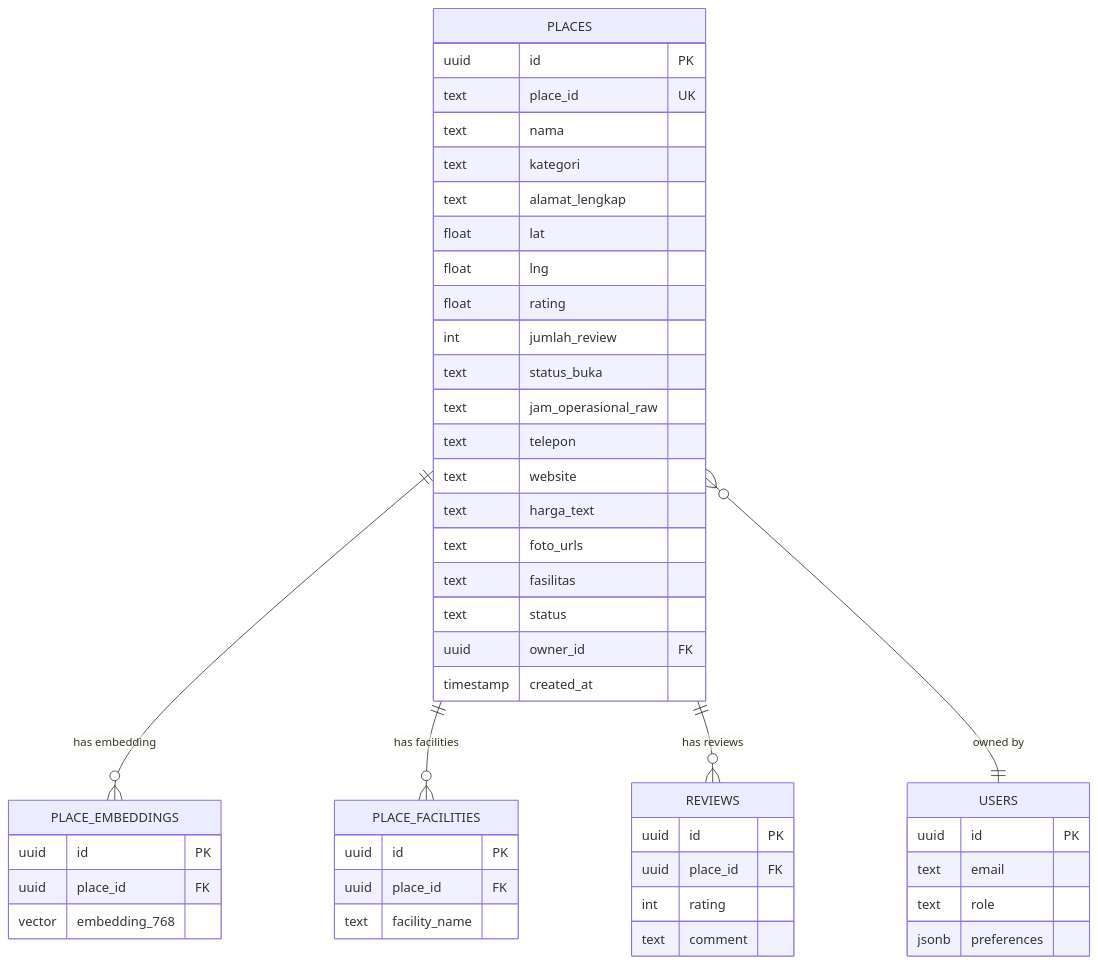
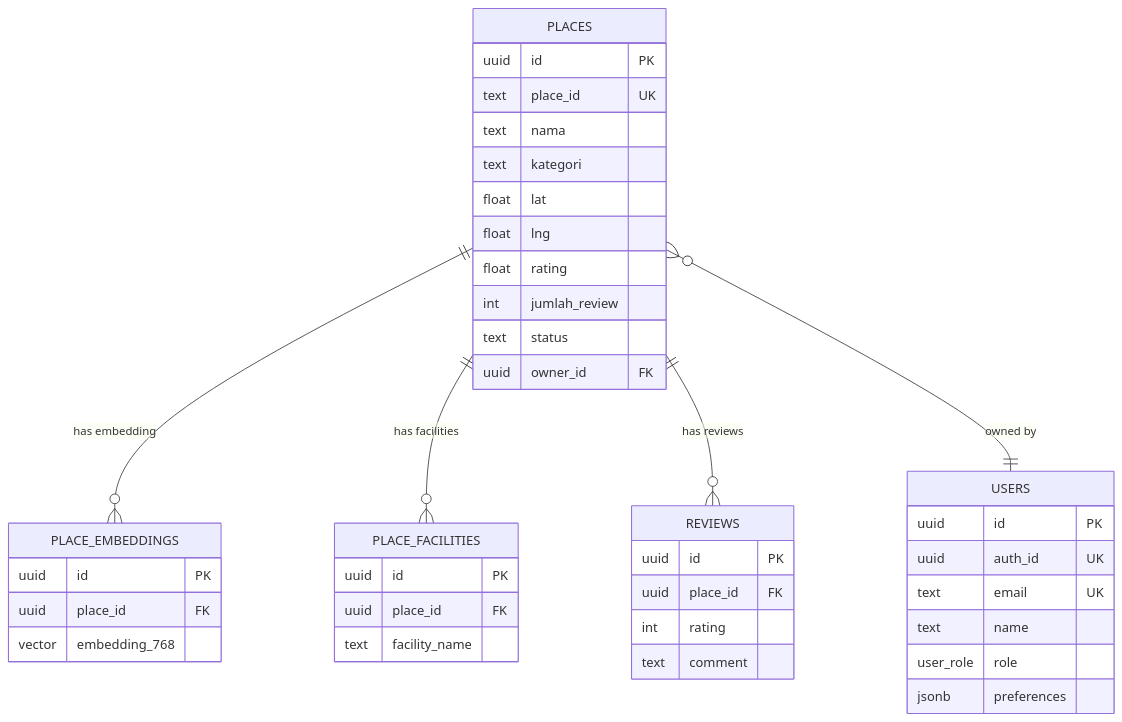
The third of 3 diagrams in README.md (sayyidoliem/ruang-sela), drawn with Mermaid before and after one commit. The commit also changed other lines of this file and 60 other files, not shown here.

````diff
--- a/README.md
+++ b/README.md
@@ -603,55 +259,44 @@
 ```mermaid
 erDiagram
     PLACES {
         uuid id PK
         text place_id UK
         text nama
         text kategori
-        text alamat_lengkap
         float lat
         float lng
         float rating
         int jumlah_review
-        text status_buka
-        text jam_operasional_raw
-        text telepon
-        text website
-        text harga_text
-        text foto_urls
-        text fasilitas
         text status
         uuid owner_id FK
-        timestamp created_at
     }
-
     PLACE_EMBEDDINGS {
         uuid id PK
         uuid place_id FK
         vector embedding_768
     }
-
     PLACE_FACILITIES {
         uuid id PK
         uuid place_id FK
         text facility_name
     }
-
     REVIEWS {
         uuid id PK
         uuid place_id FK
         int rating
         text comment
     }
-
     USERS {
         uuid id PK
-        text email
-        text role
+        uuid auth_id UK
+        text email UK
+        text name
+        user_role role
         jsonb preferences
     }
 
     PLACES ||--o{ PLACE_EMBEDDINGS : "has embedding"
     PLACES ||--o{ PLACE_FACILITIES : "has facilities"
     PLACES ||--o{ REVIEWS : "has reviews"
     PLACES }o--|| USERS : "owned by"
 ```
````
